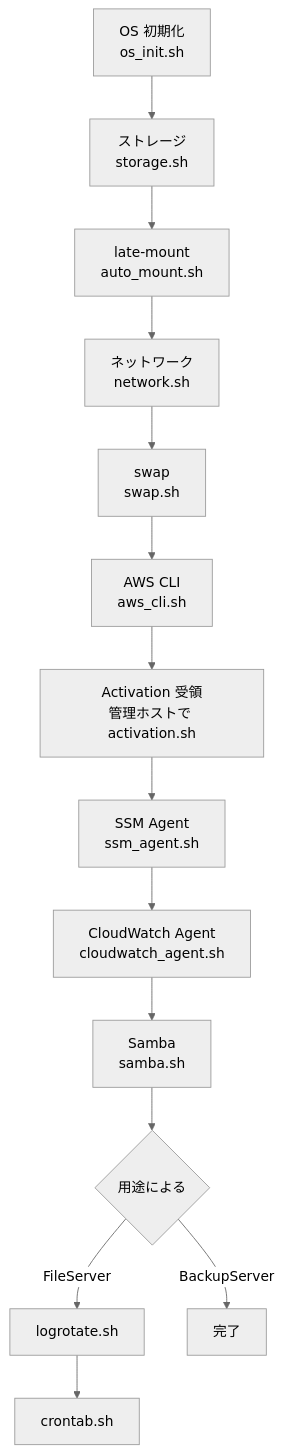
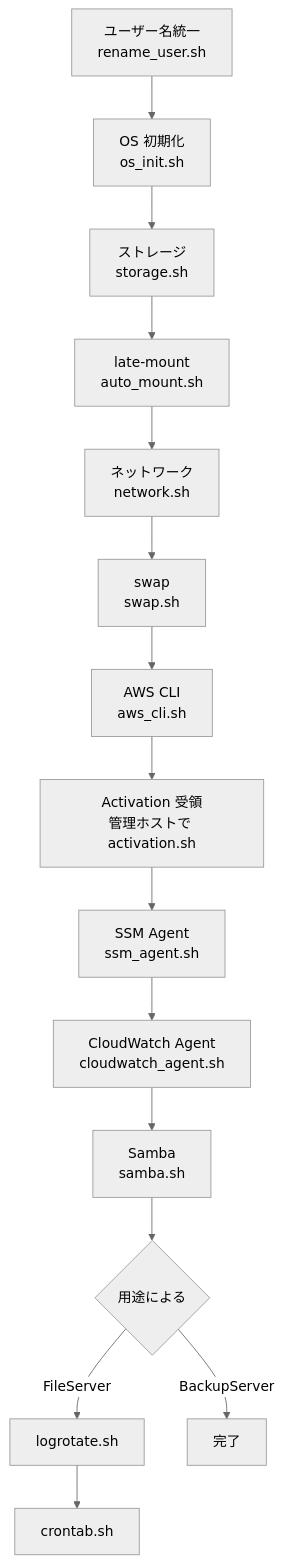
The diagram in docs/tutorials/new-server-setup.md (NaoyaOgura0828/file-servers), drawn with Mermaid (neutral theme) before and after one commit. The commit also changed other lines of this file and 3 other files, not shown here.

First line of the commit message:
ADD: ユーザー名 + home リネームスクリプト rename_user.sh

````diff
--- a/docs/tutorials/new-server-setup.md
+++ b/docs/tutorials/new-server-setup.md
@@ -22,16 +22,17 @@
 ```mermaid
 flowchart TB
-    A[OS 初期化<br>os_init.sh] --> B[ストレージ<br>storage.sh]
+    Z[ユーザー名統一<br>rename_user.sh] --> A[OS 初期化<br>os_init.sh]
+    A --> B[ストレージ<br>storage.sh]
     B --> C[late-mount<br>auto_mount.sh]
     C --> D[ネットワーク<br>network.sh]
     D --> E[swap<br>swap.sh]
     E --> F[AWS CLI<br>aws_cli.sh]
     F --> G[Activation 受領<br>管理ホストで activation.sh]
     G --> H[SSM Agent<br>ssm_agent.sh]
     H --> I[CloudWatch Agent<br>cloudwatch_agent.sh]
     I --> J[Samba<br>samba.sh]
     J --> K{用途による}
     K -->|FileServer| L[logrotate.sh]
     L --> M[crontab.sh]
     K -->|BackupServer| N[完了]
 ```
````
